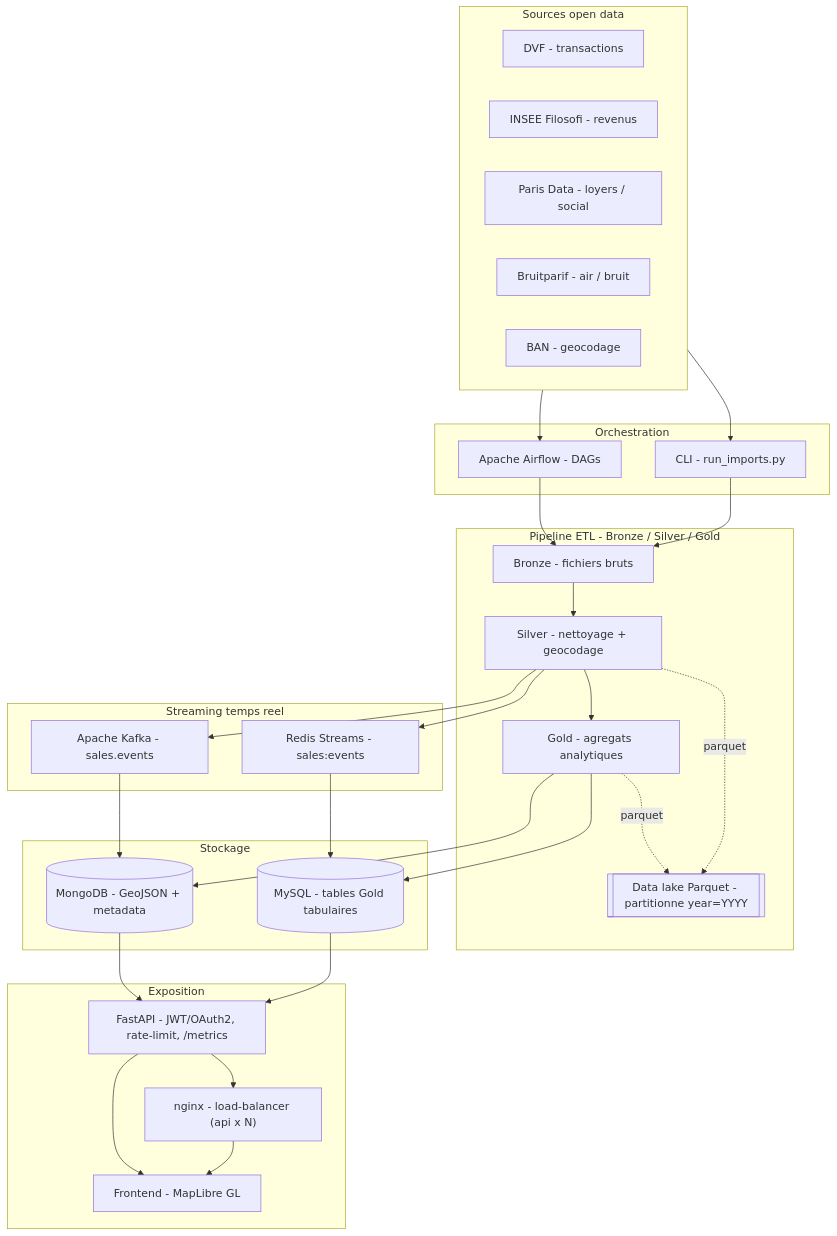
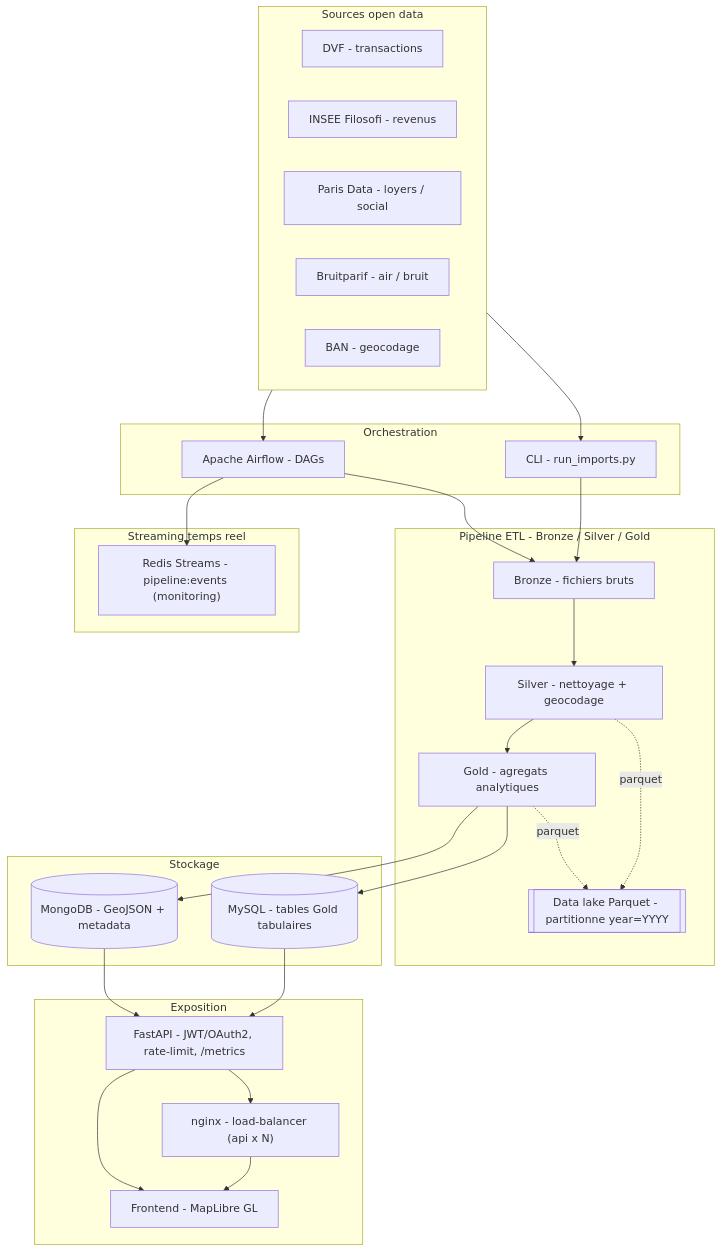
One commit to ilya32e/UrbanDataExplorer changed the diagram in README.md. Above: the diagram before and after it, drawn with Mermaid. The commit also changed other lines of this file and 331 other files, not shown here.

````diff
--- a/README.md
+++ b/README.md
@@ -57,56 +57,52 @@
 ```mermaid
 flowchart TB
     subgraph SRC["Sources open data"]
         S1["DVF - transactions"]
         S2["INSEE Filosofi - revenus"]
         S3["Paris Data - loyers / social"]
         S4["Bruitparif - air / bruit"]
         S5["BAN - geocodage"]
     end
 
     subgraph ORC["Orchestration"]
         CLI["CLI - run_imports.py"]
         AF["Apache Airflow - DAGs"]
     end
 
     subgraph PIPE["Pipeline ETL - Bronze / Silver / Gold"]
         B["Bronze - fichiers bruts"]
         SI["Silver - nettoyage + geocodage"]
         GO["Gold - agregats analytiques"]
         DL[["Data lake Parquet - partitionne year=YYYY"]]
     end
 
     subgraph STREAM["Streaming temps reel"]
-        RS["Redis Streams - sales:events"]
-        KF["Apache Kafka - sales.events"]
+        RS["Redis Streams - pipeline:events (monitoring)"]
     end
 
     subgraph STORE["Stockage"]
         MY[("MySQL - tables Gold tabulaires")]
         MO[("MongoDB - GeoJSON + metadata")]
     end
 
     subgraph SERVE["Exposition"]
         API["FastAPI - JWT/OAuth2, rate-limit, /metrics"]
         LB["nginx - load-balancer (api x N)"]
         FE["Frontend - MapLibre GL"]
     end
 
     SRC --> CLI
     SRC --> AF
     CLI --> B
     AF --> B
     B --> SI --> GO
     SI -. parquet .-> DL
     GO -. parquet .-> DL
     GO --> MY
     GO --> MO
-    SI --> RS
-    SI --> KF
-    RS --> MY
-    KF --> MO
+    AF --> RS
     MY --> API
     MO --> API
     API --> LB --> FE
     API --> FE
 ```
````
